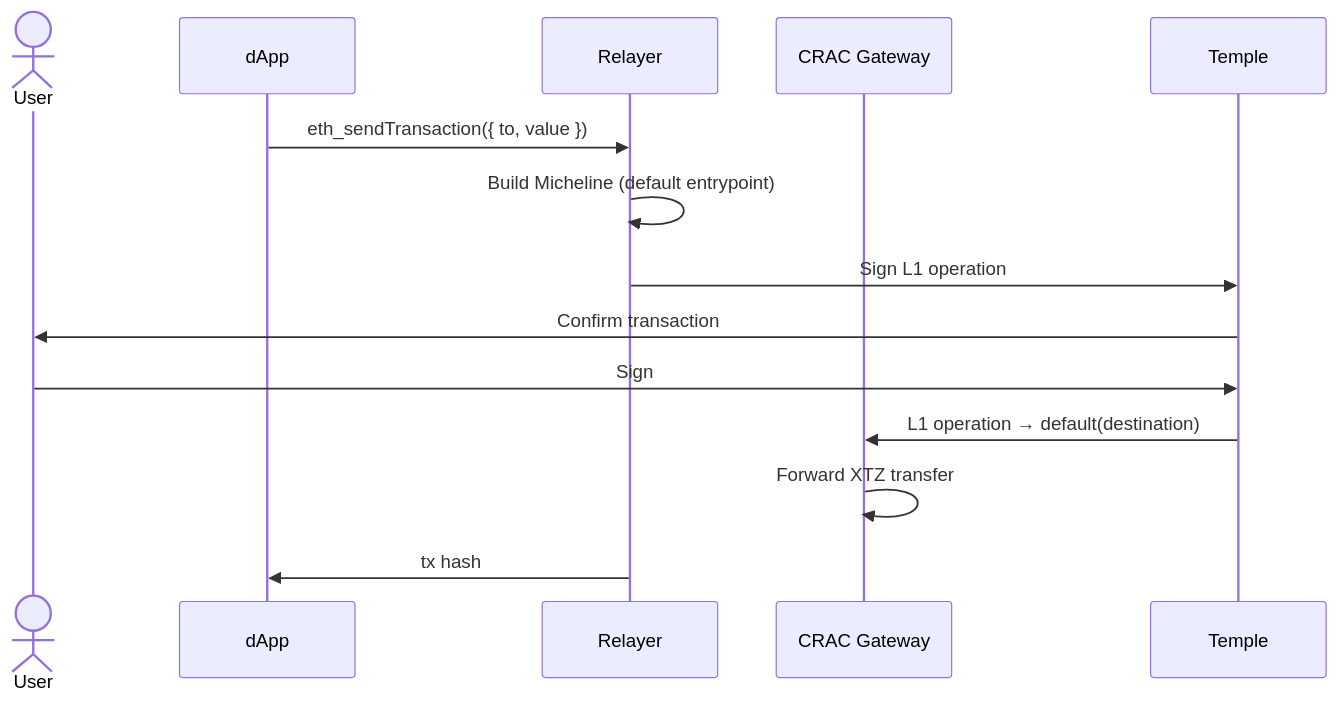
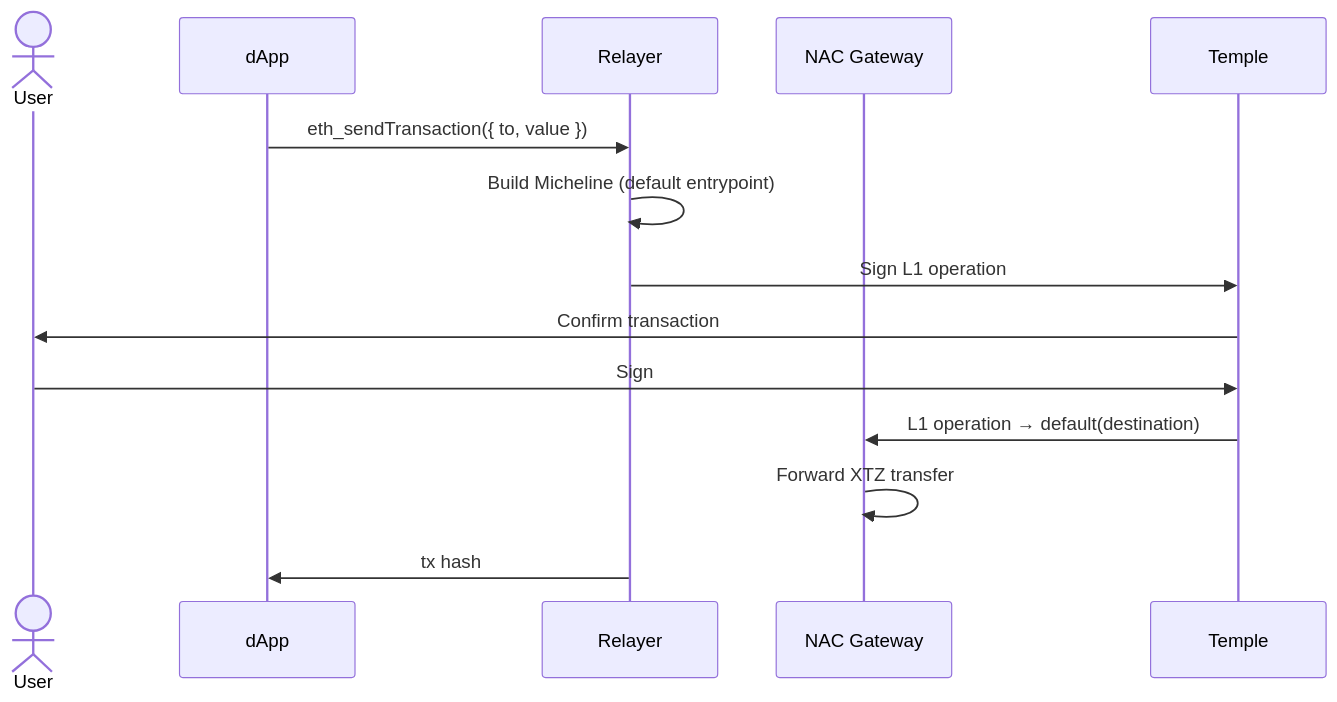
One commit to Rasalghulsslayer/tezos-x-wallet-mod changed the diagram in website/versioned_docs/version-0.2.0/user-flows/transfer.md. Above: the diagram before and after it, drawn with Mermaid. The commit also changed 35 other files, not shown here.

Commit message:
crac to nac naming

````diff
--- a/website/versioned_docs/version-0.2.0/user-flows/transfer.md
+++ b/website/versioned_docs/version-0.2.0/user-flows/transfer.md
@@ -13,17 +13,17 @@
 ```mermaid
 sequenceDiagram
     actor User
     participant dApp
     participant Relayer
-    participant Gateway as CRAC Gateway
+    participant Gateway as NAC Gateway
     participant Temple
 
     dApp->>Relayer: eth_sendTransaction({ to, value })
     Relayer->>Relayer: Build Micheline (default entrypoint)
     Relayer->>Temple: Sign L1 operation
     Temple->>User: Confirm transaction
     User->>Temple: Sign
     Temple->>Gateway: L1 operation → default(destination)
     Gateway->>Gateway: Forward XTZ transfer
     Relayer->>dApp: tx hash
 ```
````
